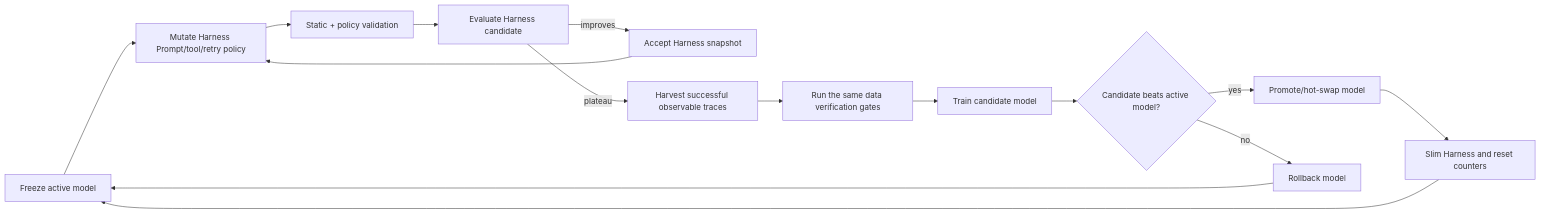
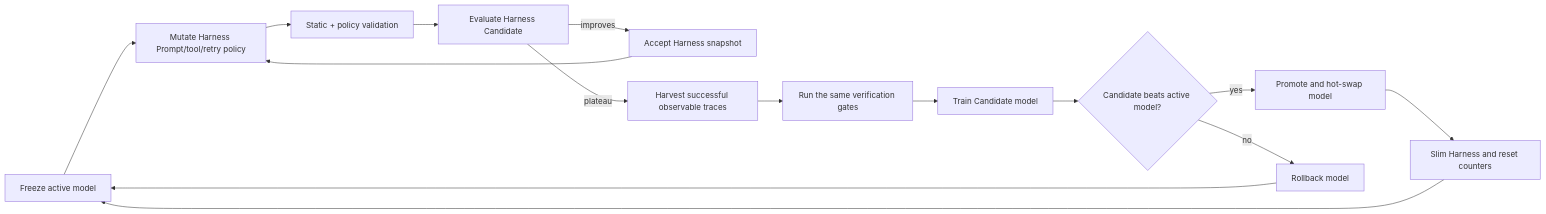
The fifth of 8 diagrams in README.md (ed3c/post-training-rsi-pipeline), drawn with Mermaid before and after one commit. The commit also changed other lines of this file, not shown here.

Commit message:
docs(readme): map PR 3 policy into directory State Machine and data flow

````diff
--- a/README.md
+++ b/README.md
@@ -160,17 +191,17 @@
 ```mermaid
 flowchart LR
     F[Freeze active model] --> M[Mutate Harness Prompt/tool/retry policy]
     M --> V[Static + policy validation]
-    V --> E[Evaluate Harness candidate]
+    V --> E[Evaluate Harness Candidate]
     E -->|improves| A[Accept Harness snapshot]
     A --> M
     E -->|plateau| H[Harvest successful observable traces]
-    H --> G[Run the same data verification gates]
-    G --> T[Train candidate model]
+    H --> G[Run the same verification gates]
+    G --> T[Train Candidate model]
     T --> C{Candidate beats active model?}
-    C -->|yes| P[Promote/hot-swap model]
+    C -->|yes| P[Promote and hot-swap model]
     C -->|no| R[Rollback model]
     P --> S[Slim Harness and reset counters]
     S --> F
     R --> F
 ```
````
